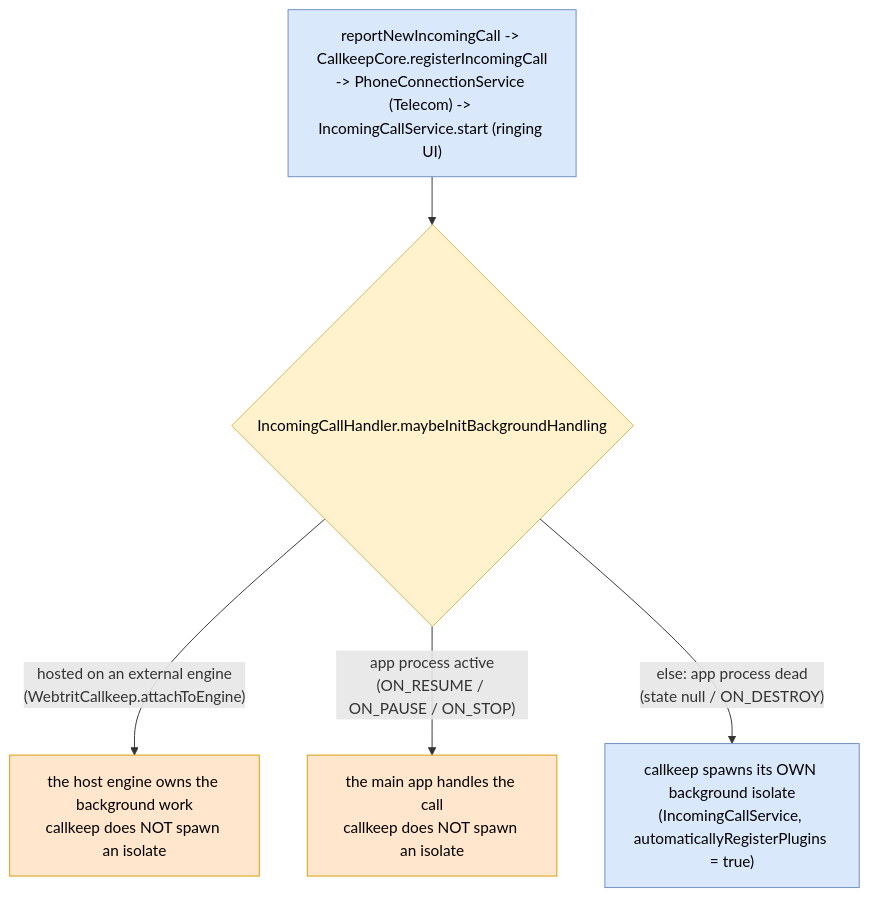
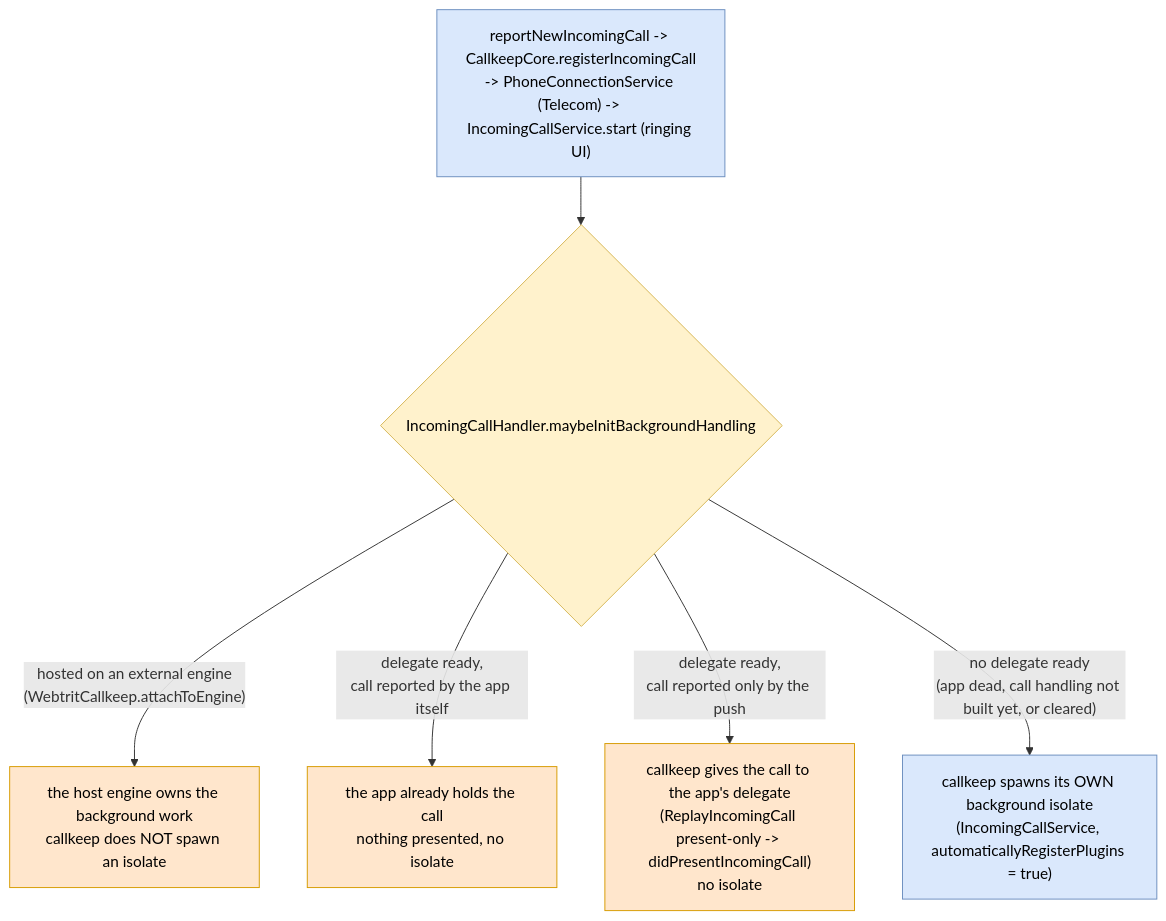
The first of 2 diagrams in callkeep/webtrit_callkeep_android/docs/incoming-call-handling.md (portaone/porta-phone-mobile-app), drawn with Mermaid before and after one commit. The commit also changed other lines of this file and 25 other files, not shown here.

````diff
--- a/callkeep/webtrit_callkeep_android/docs/incoming-call-handling.md
+++ b/callkeep/webtrit_callkeep_android/docs/incoming-call-handling.md
@@ -20,14 +20,15 @@
 ```mermaid
 flowchart TB
   classDef ck fill:#dae8fc,stroke:#6c8ebf,color:#000
   classDef app fill:#ffe6cc,stroke:#d79b00,color:#000
   classDef ext fill:#f5f5f5,stroke:#999999,color:#000
   classDef dec fill:#fff2cc,stroke:#d6b656,color:#000
 
   IN["reportNewIncomingCall -> CallkeepCore.registerIncomingCall<br/>-> PhoneConnectionService (Telecom) -> IncomingCallService.start (ringing UI)"]:::ck
   GATE{"IncomingCallHandler.maybeInitBackgroundHandling"}:::dec
   IN --> GATE
   GATE -- "hosted on an external engine<br/>(WebtritCallkeep.attachToEngine)" --> HOST["the host engine owns the background work<br/>callkeep does NOT spawn an isolate"]:::app
-  GATE -- "app process active<br/>(ON_RESUME / ON_PAUSE / ON_STOP)" --> MAIN["the main app handles the call<br/>callkeep does NOT spawn an isolate"]:::app
-  GATE -- "else: app process dead<br/>(state null / ON_DESTROY)" --> OWN["callkeep spawns its OWN background isolate<br/>(IncomingCallService, automaticallyRegisterPlugins = true)"]:::ck
+  GATE -- "delegate ready,<br/>call reported by the app itself" --> HOLD["the app already holds the call<br/>nothing presented, no isolate"]:::app
+  GATE -- "delegate ready,<br/>call reported only by the push" --> MAIN["callkeep gives the call to the app's delegate<br/>(ReplayIncomingCall present-only -> didPresentIncomingCall)<br/>no isolate"]:::app
+  GATE -- "no delegate ready<br/>(app dead, call handling not built yet, or cleared)" --> OWN["callkeep spawns its OWN background isolate<br/>(IncomingCallService, automaticallyRegisterPlugins = true)"]:::ck
 ```
````
